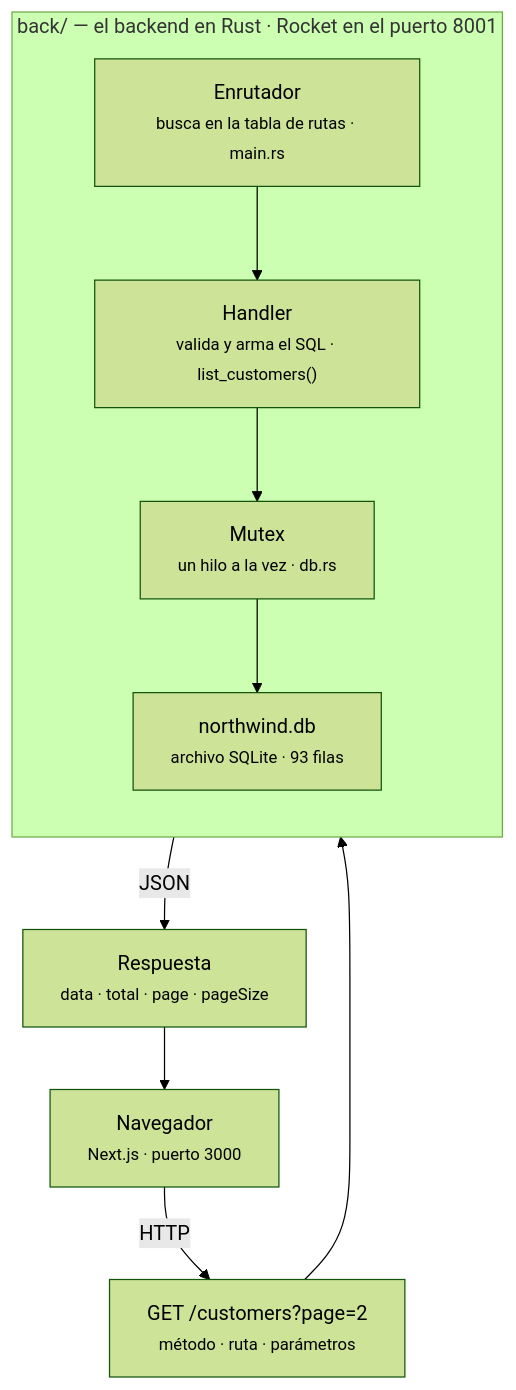
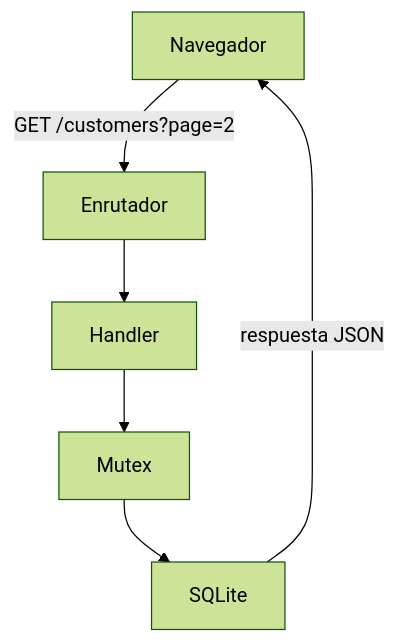
One commit to alebeta06/northwind-fullstack changed the diagram in docs/conceptos/01-que-es-una-api.md. Above: the diagram before and after it, drawn with Mermaid (forest theme). The commit also changed other lines of this file, not shown here.

````diff
--- a/docs/conceptos/01-que-es-una-api.md
+++ b/docs/conceptos/01-que-es-una-api.md
@@ -36,17 +36,8 @@
 ```mermaid
 flowchart TD
-    A["Navegador<br/><small>Next.js · puerto 3000</small>"] -->|HTTP| B["GET /customers?page=2<br/><small>método · ruta · parámetros</small>"]
-    B --> C
-
-    subgraph C["back/ — el backend en Rust · Rocket en el puerto 8001"]
-        direction TB
-        D["Enrutador<br/><small>busca en la tabla de rutas · main.rs</small>"]
-        E["Handler<br/><small>valida y arma el SQL · list_customers()</small>"]
-        F["Mutex<br/><small>un hilo a la vez · db.rs</small>"]
-        G["northwind.db<br/><small>archivo SQLite · 93 filas</small>"]
-        D --> E --> F --> G
-    end
-
-    C -->|JSON| H["Respuesta<br/><small>data · total · page · pageSize</small>"]
-    H --> A
+    A["Navegador"] -->|"GET /customers?page=2"| B["Enrutador"]
+    B --> C["Handler"]
+    C --> D["Mutex"]
+    D --> E["SQLite"]
+    E -->|"respuesta JSON"| A
 ```
````
